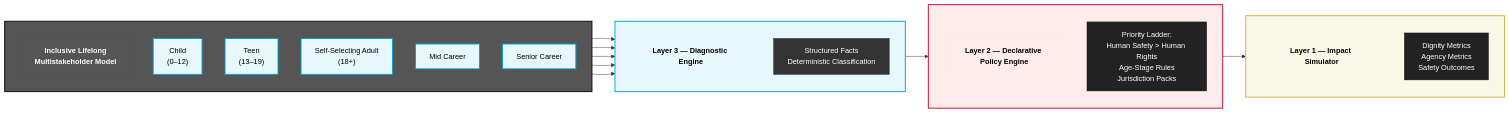
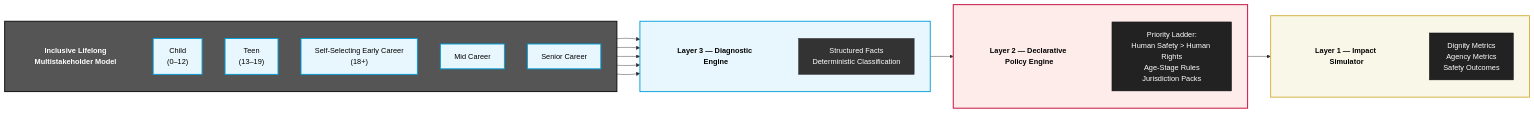
Before and after one commit to SuperCatoro/USS: the diagram in diagrams/ilmm_mapping.md, drawn with Mermaid.

Commit message:
Rename AG3 to 'Self-Selecting Early Career'

````diff
--- a/diagrams/ilmm_mapping.md
+++ b/diagrams/ilmm_mapping.md
@@ -1,65 +1,65 @@
 ```mermaid
 flowchart LR
 
     %% ==== ILMM COLUMN ====
     subgraph ILMM[" "]
         direction TB
         ILMM_TITLE["Inclusive Lifelong<br/>Multistakeholder Model"]
 
         AG1["Child<br/>(0–12)"]
         AG2["Teen<br/>(13–19)"]
-        AG3["Self-Selecting Adult<br/>(18+)"]
+AG3["Self-Selecting Early Career<br/>(18+)"]
         AG4["Mid Career"]
         AG5["Senior Career"]
     end
 
     style ILMM fill:#555555,stroke:#0A0A0A,stroke-width:2px,color:#000000
     style ILMM_TITLE fill:#555555,stroke:none,color:#FFFFFF,font-weight:600
     style AG1 fill:#E8F6FD,stroke:#009EDB,stroke-width:2px,color:#000000
     style AG2 fill:#E8F6FD,stroke:#009EDB,stroke-width:2px,color:#000000
     style AG3 fill:#E8F6FD,stroke:#009EDB,stroke-width:2px,color:#000000
     style AG4 fill:#E8F6FD,stroke:#009EDB,stroke-width:2px,color:#000000
     style AG5 fill:#E8F6FD,stroke:#009EDB,stroke-width:2px,color:#000000
 
     %% ==== LAYER 3 BOX ====
     subgraph L3[" "]
         direction TB
         L3_TITLE["Layer 3 — Diagnostic Engine"]
         L3OUT["Structured Facts<br/>Deterministic Classification"]
     end
 
     style L3 fill:#E8F6FD,stroke:#009EDB,stroke-width:2px,color:#000000
     style L3_TITLE fill:#E8F6FD,stroke:none,color:#000000,font-weight:600
     style L3OUT fill:#333333,stroke:#222222,color:#FFFFFF
 
     %% ==== LAYER 2 BOX ====
     subgraph L2[" "]
         direction TB
         L2_TITLE["Layer 2 — Declarative Policy Engine"]
         RULES["Priority Ladder:<br/>Human Safety > Human Rights<br/>Age-Stage Rules<br/>Jurisdiction Packs"]
     end
 
     style L2 fill:#FDECEA,stroke:#C40233,stroke-width:2px,color:#000000
     style L2_TITLE fill:#FDECEA,stroke:none,color:#000000,font-weight:600
     style RULES fill:#222222,stroke:#111111,color:#FFFFFF
 
     %% ==== LAYER 1 BOX ====
     subgraph L1[" "]
         direction TB
         L1_TITLE["Layer 1 — Impact Simulator"]
         IMP["Dignity Metrics<br/>Agency Metrics<br/>Safety Outcomes"]
     end
 
     style L1 fill:#F9F7E8,stroke:#D4AF37,stroke-width:2px,color:#000000
     style L1_TITLE fill:#F9F7E8,stroke:none,color:#000000,font-weight:600
     style IMP fill:#222222,stroke:#111111,color:#FFFFFF
 
     %% ==== CONNECTIONS ====
     AG1 --> L3OUT
     AG2 --> L3OUT
     AG3 --> L3OUT
     AG4 --> L3OUT
     AG5 --> L3OUT
 
     L3OUT --> RULES --> IMP
 ```
````
